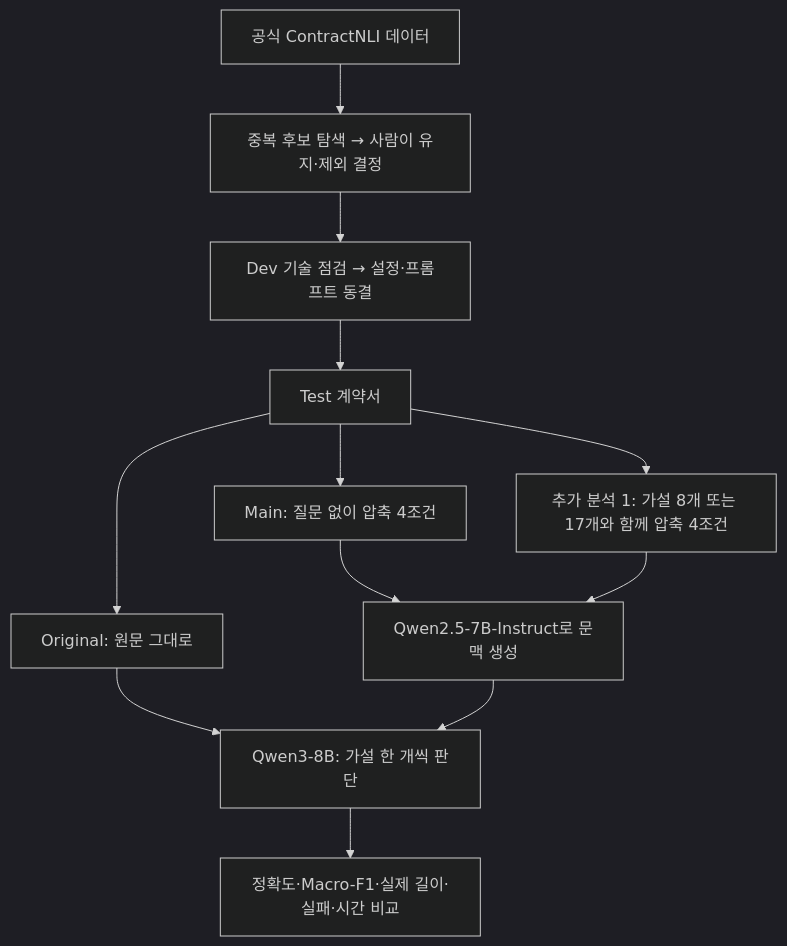
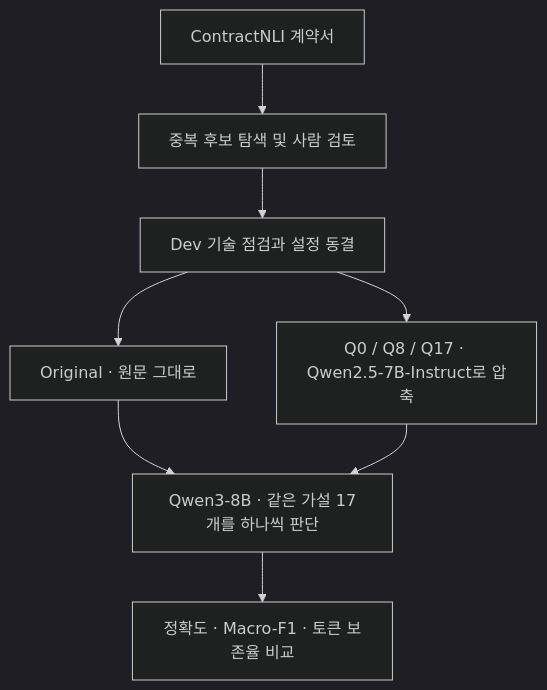
One commit to jaehwan7306/nlp-project changed the diagram in README.md. Above: the diagram before and after it, drawn with Mermaid (dark theme). The commit also changed other lines of this file and 10 other files, not shown here.

First line of the commit message:
Present ContractNLI results and follow-up roadmap

````diff
--- a/README.md
+++ b/README.md
@@ -14,14 +32,10 @@
 ```mermaid
 flowchart TD
-    A["공식 ContractNLI 데이터"] --> B["중복 후보 탐색 → 사람이 유지·제외 결정"]
-    B --> C["Dev 기술 점검 → 설정·프롬프트 동결"]
-    C --> D["Test 계약서"]
-    D --> E["Original: 원문 그대로"]
-    D --> F["Main: 질문 없이 압축 4조건"]
-    D --> G["추가 분석 1: 가설 8개 또는 17개와 함께 압축 4조건"]
-    F --> H["Qwen2.5-7B-Instruct로 문맥 생성"]
-    G --> H
-    E --> I["Qwen3-8B: 가설 한 개씩 판단"]
-    H --> I
-    I --> J["정확도·Macro-F1·실제 길이·실패·시간 비교"]
+    A["ContractNLI 계약서"] --> B["중복 후보 탐색 및 사람 검토"]
+    B --> C["Dev 기술 점검과 설정 동결"]
+    C --> D["Original · 원문 그대로"]
+    C --> E["Q0 / Q8 / Q17 · Qwen2.5-7B-Instruct로 압축"]
+    D --> F["Qwen3-8B · 같은 가설 17개를 하나씩 판단"]
+    E --> F
+    F --> G["정확도 · Macro-F1 · 토큰 보존율 비교"]
 ```
````
